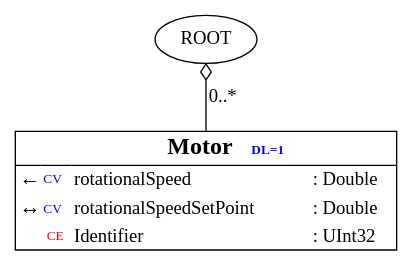
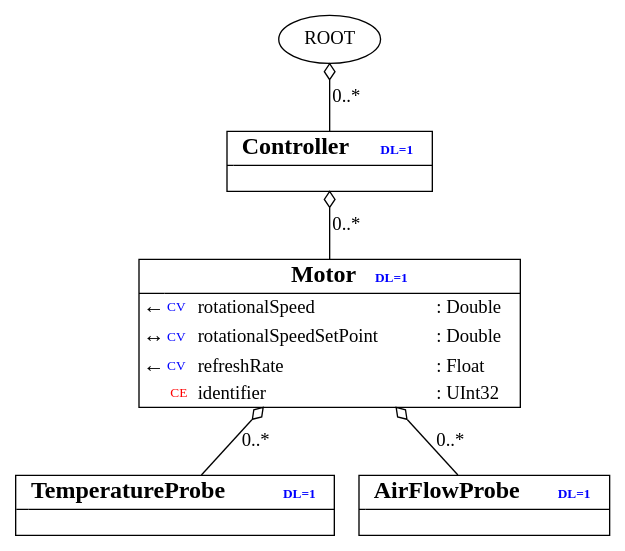
Before and after one commit to lcrem/opcua-server-prm: the diagram in build/Design/Design.dot, drawn with Graphviz. The commit also changed 22 other files, not shown here.

```diff
--- a/build/Design/Design.dot
+++ b/build/Design/Design.dot
@@ -1,62 +1,160 @@
 
 	
 	digraph  {
 		graph [fontname="Arial"]
 		
 	class_Motor [shape=none,margin=0,label=<
 		<table border="1" cellspacing="0" cellpadding="2" cellborder="0" >
 			<tr > 
 			        <td width="0"></td>
 				<td width="0"></td>
 				<td colspan="2">
 					<b>
 					<font point-size="18" >Motor</font>
 					
 						<font point-size="10" color="blue" >DL=1</font>
 					
 					</b> 
 				</td>  
 			</tr>
 			
 			<hr/>
 
 			
 				<tr>
 				
 				<td align="left" width="0"><font point-size="16">←</font></td>
 				<td align="left" width="0"><font point-size="10" color="blue" >CV</font></td>
 				<td align="left" >rotationalSpeed</td>
 				<td align="left" >: Double</td>
 				</tr>
 			
 				<tr>
 				
 				<td align="left" width="0"><font point-size="16">↔</font></td>
 				<td align="left" width="0"><font point-size="10" color="blue" >CV</font></td>
 				<td align="left" >rotationalSpeedSetPoint</td>
 				<td align="left" >: Double</td>
 				</tr>
 			
 				<tr>
 				
+				<td align="left" width="0"><font point-size="16">←</font></td>
+				<td align="left" width="0"><font point-size="10" color="blue" >CV</font></td>
+				<td align="left" >refreshRate</td>
+				<td align="left" >: Float</td>
+				</tr>
+			
+				<tr>
+				
 				<td align="left" width="0"></td>
 				<td align="left"><font point-size="10" color="red" > CE</font></td>
-				<td align="left" >Identifier</td>
+				<td align="left" >identifier</td>
 				<td align="left" >: UInt32</td>
 				</tr>
 			
 
 		</table>>]
 		
+	
+	class_Controller [shape=none,margin=0,label=<
+		<table border="1" cellspacing="0" cellpadding="2" cellborder="0" >
+			<tr > 
+			        <td width="0"></td>
+				<td width="0"></td>
+				<td colspan="2">
+					<b>
+					<font point-size="18" >Controller</font>
+					
+						<font point-size="10" color="blue" >DL=1</font>
+					
+					</b> 
+				</td>  
+			</tr>
+			
+			<hr/>
+
+			
+			    <tr> <td colspan="3"> </td> </tr>
+			  
+
+		</table>>]
+		
+	
+	class_TemperatureProbe [shape=none,margin=0,label=<
+		<table border="1" cellspacing="0" cellpadding="2" cellborder="0" >
+			<tr > 
+			        <td width="0"></td>
+				<td width="0"></td>
+				<td colspan="2">
+					<b>
+					<font point-size="18" >TemperatureProbe</font>
+					
+						<font point-size="10" color="blue" >DL=1</font>
+					
+					</b> 
+				</td>  
+			</tr>
+			
+			<hr/>
+
+			
+			    <tr> <td colspan="3"> </td> </tr>
+			  
+
+		</table>>]
+		
+	
+	class_AirFlowProbe [shape=none,margin=0,label=<
+		<table border="1" cellspacing="0" cellpadding="2" cellborder="0" >
+			<tr > 
+			        <td width="0"></td>
+				<td width="0"></td>
+				<td colspan="2">
+					<b>
+					<font point-size="18" >AirFlowProbe</font>
+					
+						<font point-size="10" color="blue" >DL=1</font>
+					
+					</b> 
+				</td>  
+			</tr>
+			
+			<hr/>
+
+			
+			    <tr> <td colspan="3"> </td> </tr>
+			  
+
+		</table>>]
+		
+	
+	
+	class_Motor
+	-> 
+	
+	class_TemperatureProbe [arrowtail=odiamond,dir=back,label="0..*"]
+	
+	
+	class_Motor
+	-> 
+	
+	class_AirFlowProbe [arrowtail=odiamond,dir=back,label="0..*"]
+	
+	
+	class_Controller
+	-> 
+	
+	class_Motor [arrowtail=odiamond,dir=back,label="0..*"]
 	
 
 
 		class_ROOT [label="ROOT"]
 		
 	
 	class_ROOT
 	-> 
 	
-	class_Motor [arrowtail=odiamond,dir=back,label="0..*"]
+	class_Controller [arrowtail=odiamond,dir=back,label="0..*"]
 	
 	}
```
